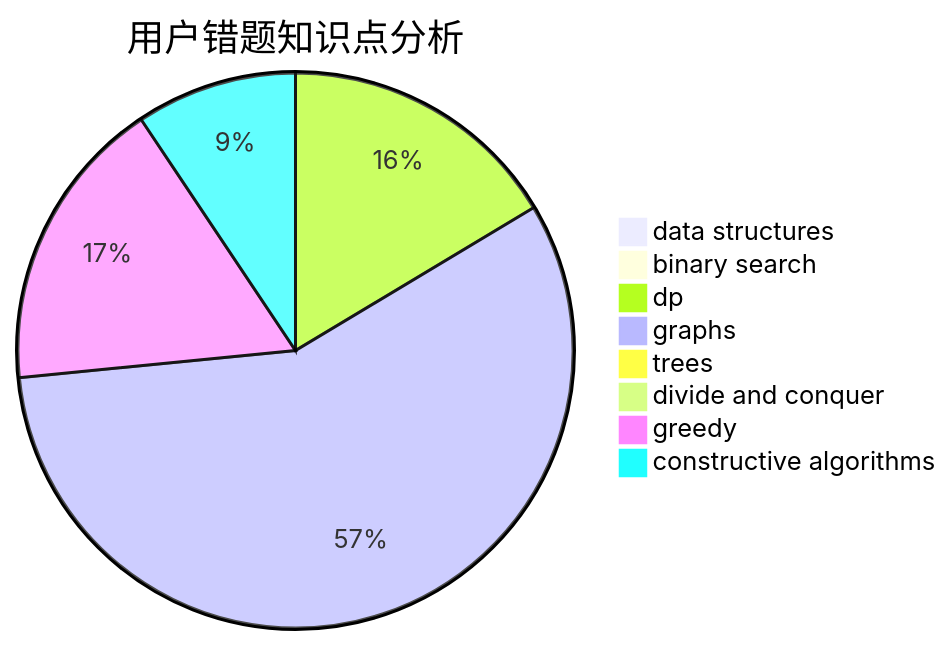
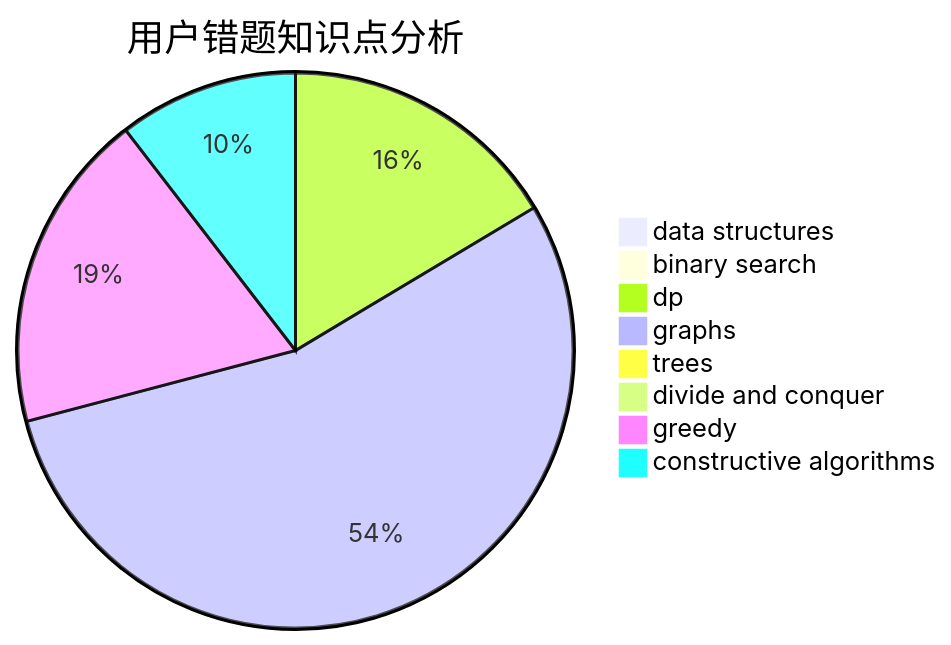
One commit to sherpahu/cfrs.github.io changed the third of 3 diagrams in docs/user/u292.md. Above: the diagram before and after it, drawn with Mermaid. The commit also changed other lines of this file and 2770 other files, not shown here.

````diff
--- a/docs/user/u292.md
+++ b/docs/user/u292.md
@@ -36,11 +36,11 @@
 ```mermaid
 pie title 用户错题知识点分析
     "data structures" :  0
     "binary search" :  0
-    "dp" :  21
+    "dp" :  22
     "graphs" :  73
     "trees" :  0
     "divide and conquer" :  0
-    "greedy" :  22
-    "constructive algorithms" :  12
+    "greedy" :  25
+    "constructive algorithms" :  14
 ```
````
